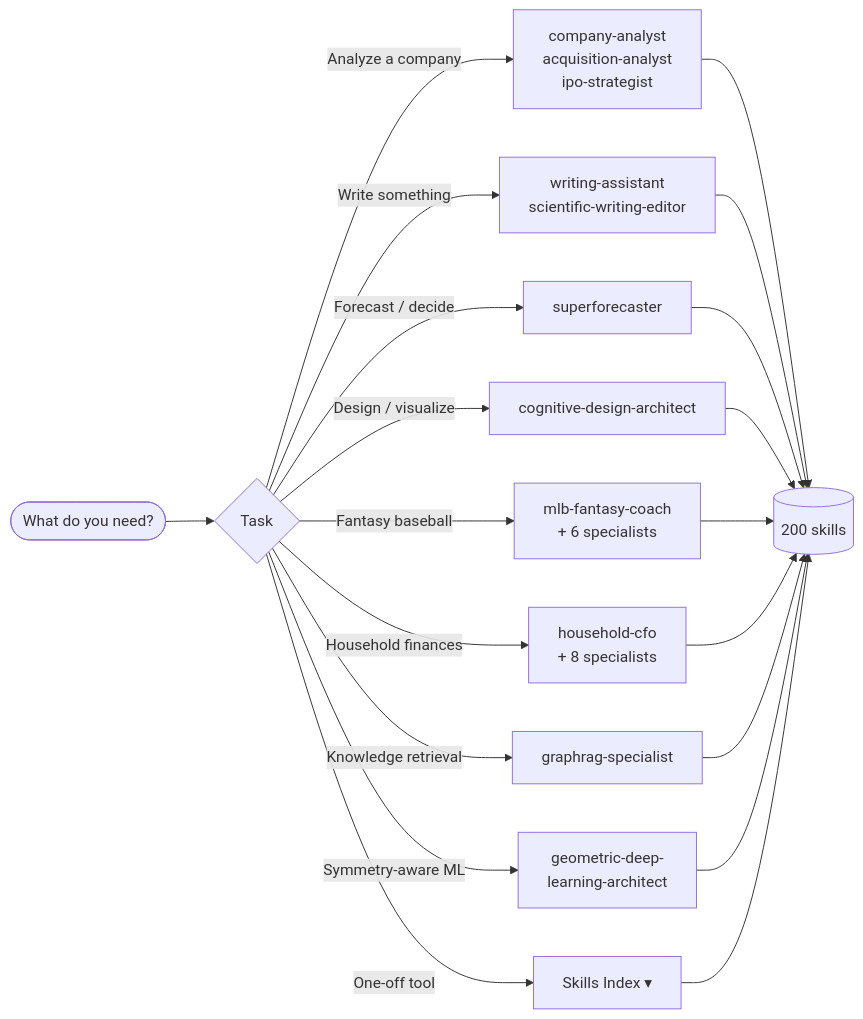
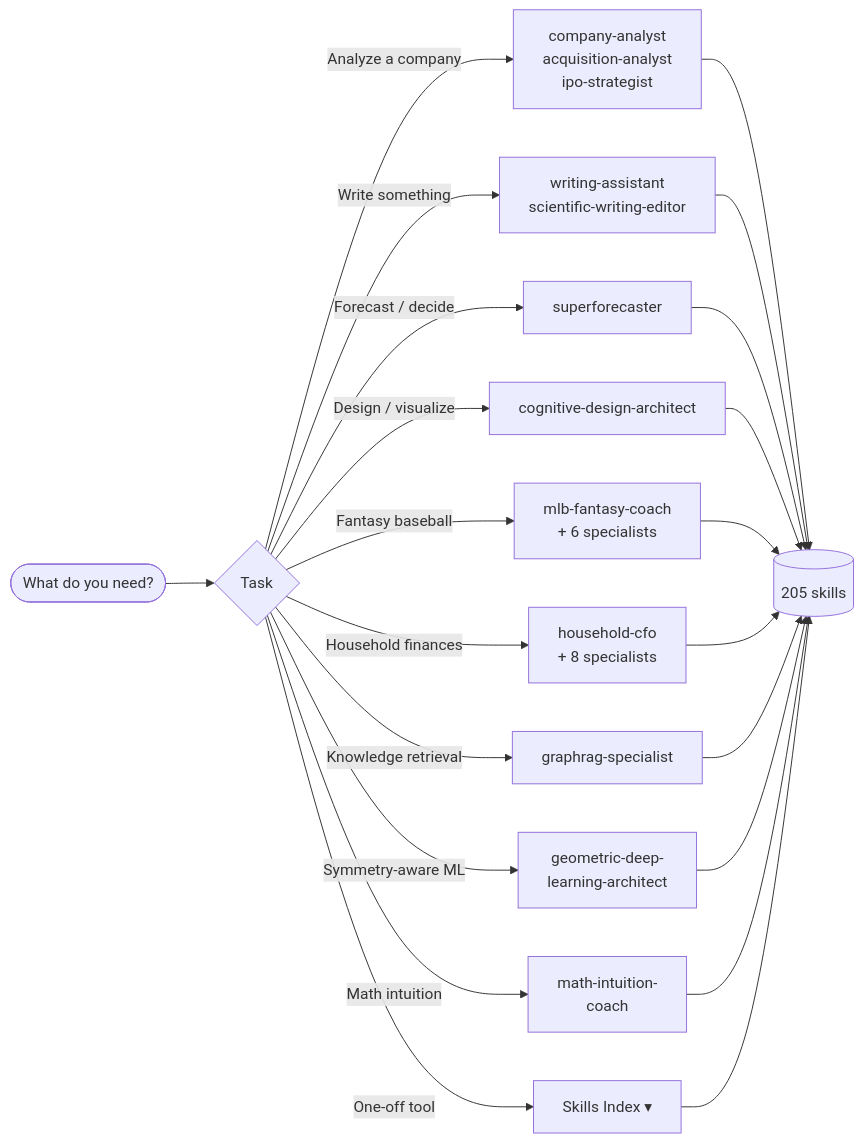
Before and after one commit to lyndonkl/claude: the diagram in README.md, drawn with Mermaid. The commit also changed other lines of this file and 15 other files, not shown here.

First line of the commit message:
Add math-intuition-coach agent + 5 supporting skills

````diff
--- a/README.md
+++ b/README.md
@@ -37,15 +38,16 @@
 ```mermaid
 flowchart LR
     U([What do you need?]) --> D{Task}
     D -->|Analyze a company| CA[company-analyst<br/>acquisition-analyst<br/>ipo-strategist]
     D -->|Write something| WA[writing-assistant<br/>scientific-writing-editor]
     D -->|Forecast / decide| SF[superforecaster]
     D -->|Design / visualize| CD[cognitive-design-architect]
     D -->|Fantasy baseball| MLB[mlb-fantasy-coach<br/>+ 6 specialists]
     D -->|Household finances| HF[household-cfo<br/>+ 8 specialists]
     D -->|Knowledge retrieval| GR[graphrag-specialist]
     D -->|Symmetry-aware ML| GDL[geometric-deep-<br/>learning-architect]
+    D -->|Math intuition| MI[math-intuition-<br/>coach]
     D -->|One-off tool| SK[Skills Index ▾]
-    CA & WA & SF & CD & MLB & HF & GR & GDL --> S[(200 skills)]
+    CA & WA & SF & CD & MLB & HF & GR & GDL & MI --> S[(205 skills)]
     SK --> S
 ```
````
